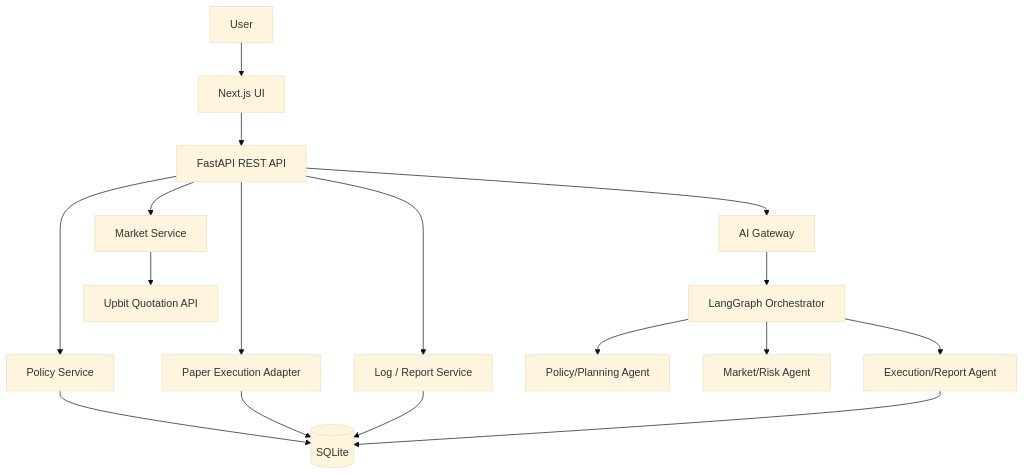
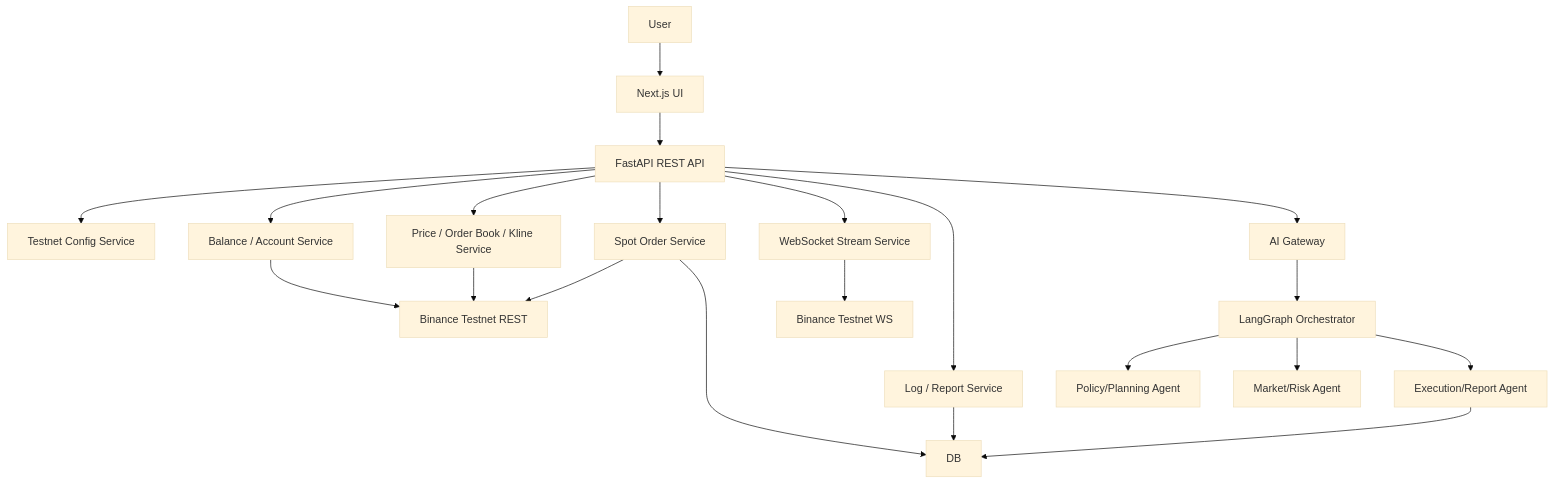
One commit to UpstageAI/sw-maestro-project changed the second of 4 diagrams in ARCHITECTURE.md. Above: the diagram before and after it, drawn with Mermaid (base theme). The commit also changed other lines of this file and 8 other files, not shown here.

Commit message:
refactor: rewrite docs for Binance Spot Testnet trading flow

````diff
--- a/ARCHITECTURE.md
+++ b/ARCHITECTURE.md
@@ -48,19 +48,23 @@
 ```mermaid
 flowchart TB
     USER[User] --> UI[Next.js UI]
     UI --> API[FastAPI REST API]
-    API --> POLICY[Policy Service]
-    API --> MARKET[Market Service]
-    API --> EXEC[Paper Execution Adapter]
+    API --> CONFIG[Testnet Config Service]
+    API --> ACCOUNT[Balance / Account Service]
+    API --> MARKET[Price / Order Book / Kline Service]
+    API --> ORDER[Spot Order Service]
+    API --> STREAM[WebSocket Stream Service]
     API --> LOG[Log / Report Service]
     API --> AIGW[AI Gateway]
     AIGW --> ORCH[LangGraph Orchestrator]
     ORCH --> P[Policy/Planning Agent]
     ORCH --> R[Market/Risk Agent]
     ORCH --> E[Execution/Report Agent]
-    MARKET --> UPBIT[Upbit Quotation API]
-    POLICY --> DB[(SQLite)]
-    EXEC --> DB
+    ACCOUNT --> BREST[Binance Testnet REST]
+    MARKET --> BREST
+    ORDER --> BREST
+    STREAM --> BWS[Binance Testnet WS]
+    ORDER --> DB
     LOG --> DB
     E --> DB
 ```
````
